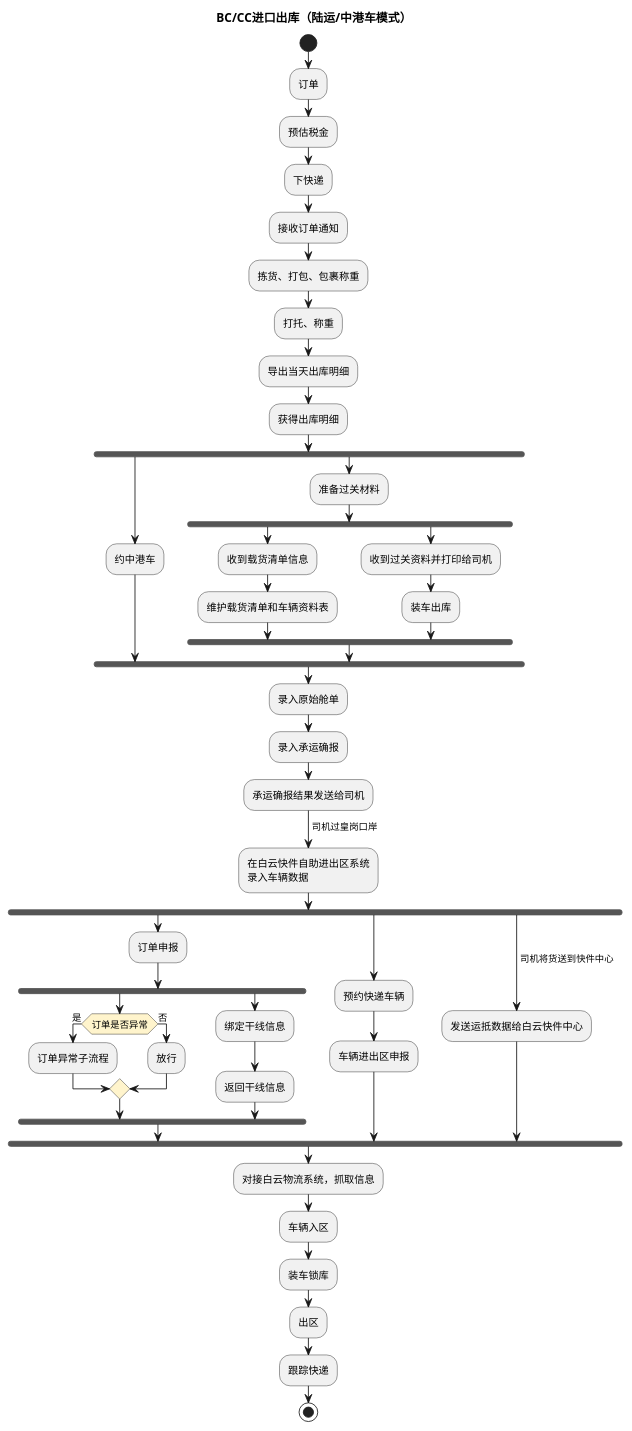
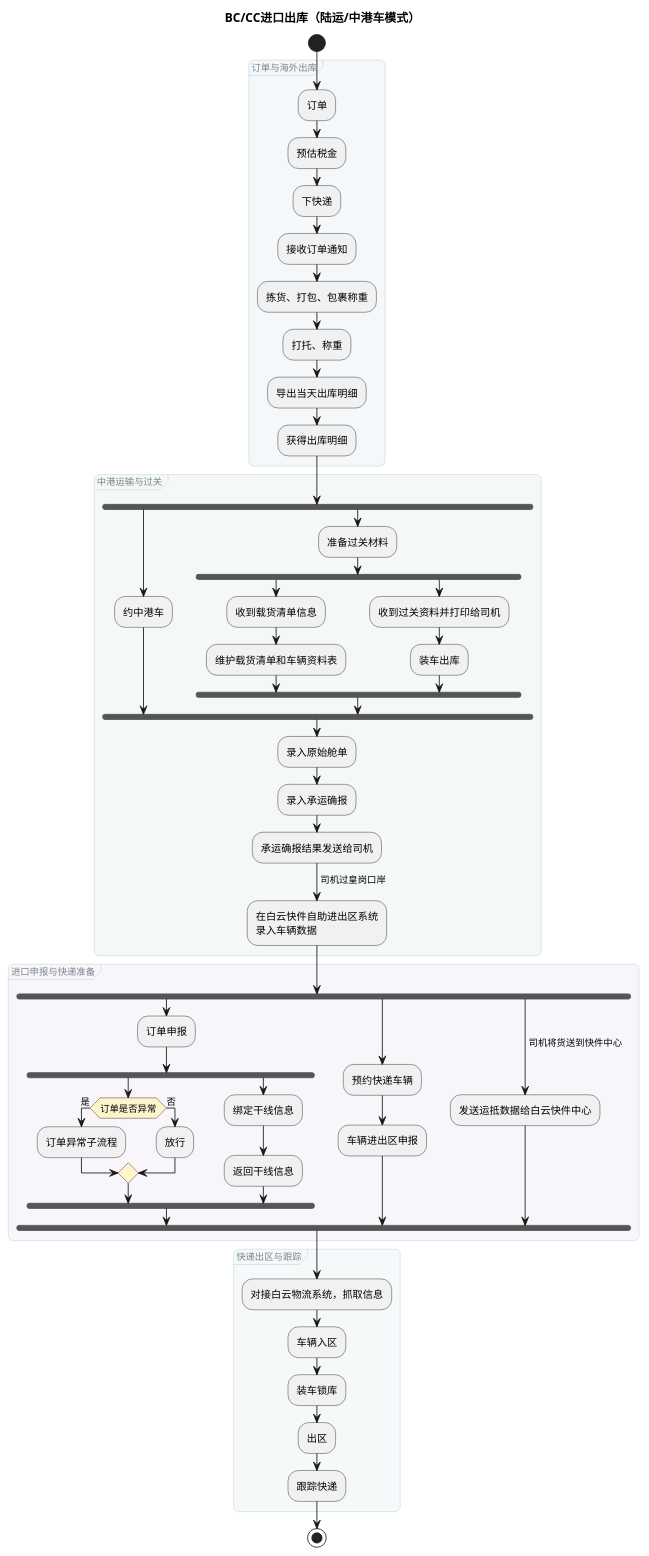
Before and after one commit to jack888332/projects-doc: the fourth of 6 diagrams in product-caliber/goldjet/segmented-prd/mainflow/PRD.高捷物流系统一期.主流程.05.跨境电商BC、个人物品CC进口详细流程.md, drawn with PlantUML. The commit also changed other lines of this file and 16 other files, not shown here.

Commit message:
给DSL图分组

````diff
--- a/product-caliber/goldjet/segmented-prd/mainflow/PRD.高捷物流系统一期.主流程.05.跨境电商BC、个人物品CC进口详细流程.md
+++ b/product-caliber/goldjet/segmented-prd/mainflow/PRD.高捷物流系统一期.主流程.05.跨境电商BC、个人物品CC进口详细流程.md
@@ -124,57 +174,77 @@
 ```plantuml
 @startuml
 skinparam activityDiamondBackgroundColor #FFF4CC
+<style>
+activityDiagram {
+  group {
+    LineColor #CAD5DA
+    LineThickness 0.7
+    RoundCorner 12
+    FontColor #78848D
+    FontSize 11
+    FontStyle plain
+  }
+}
+</style>
 title BC/CC进口出库（陆运/中港车模式）
 start
+group 订单与海外出库 #F4F8FA {
 :订单;
 :预估税金;
 :下快递;
 :接收订单通知;
 :拣货、打包、包裹称重;
 :打托、称重;
 :导出当天出库明细;
 :获得出库明细;
+}
+group 中港运输与过关 #F5F9F6 {
 fork
   :约中港车;
 fork again
   :准备过关材料;
   fork
     :收到载货清单信息;
     :维护载货清单和车辆资料表;
   fork again
     :收到过关资料并打印给司机;
     :装车出库;
   end fork
 end fork
 :录入原始舱单;
 :录入承运确报;
 :承运确报结果发送给司机;
 -> 司机过皇岗口岸;
 :在白云快件自助进出区系统\n录入车辆数据;
+}
+group 进口申报与快递准备 #F8F6FA {
 fork
   :订单申报;
   fork
     if (订单是否异常) then (是)
       :订单异常子流程;
     else (否)
       :放行;
     endif
   fork again
     :绑定干线信息;
     :返回干线信息;
   end fork
 fork again
   :预约快递车辆;
   :车辆进出区申报;
 fork again
   -> 司机将货送到快件中心;
   :发送运抵数据给白云快件中心;
 end fork
+}
+group 快递出区与跟踪 #F5F9FA {
 :对接白云物流系统，抓取信息;
 :车辆入区;
 :装车锁库;
 :出区;
 :跟踪快递;
+}
 stop
 @enduml
 ```
````
